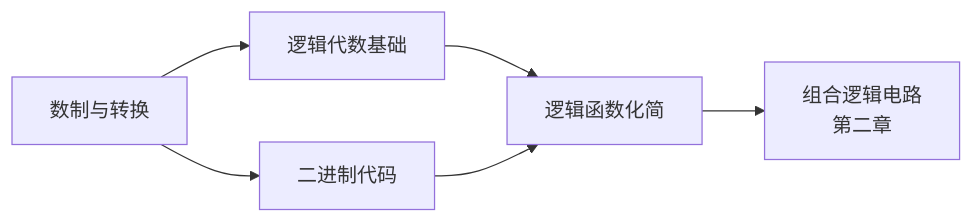
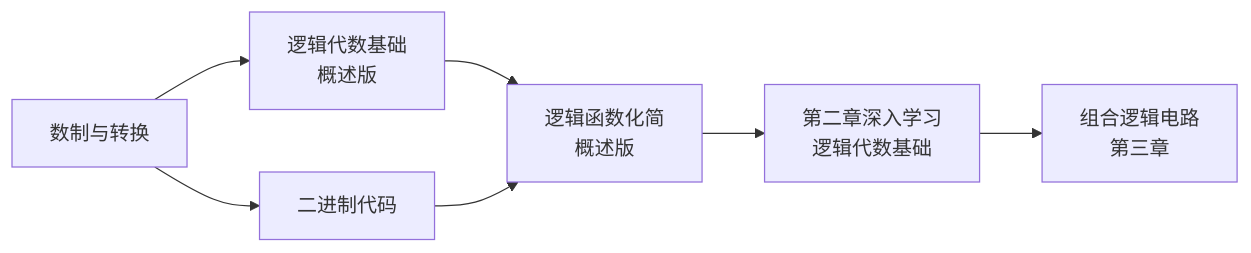
Before and after one commit to Treasoni/kaoyan: the diagram in 考研专业课/数字电子技术/1-数字与码制/📑 索引.md, drawn with Mermaid. The commit also changed other lines of this file and 2 other files, not shown here.

````diff
--- a/考研专业课/数字电子技术/1-数字与码制/📑 索引.md
+++ b/考研专业课/数字电子技术/1-数字与码制/📑 索引.md
@@ -86,8 +95,9 @@
 ```mermaid
 graph LR
     A[数制与转换] --> B[二进制代码]
-    A --> C[逻辑代数基础]
-    C --> D[逻辑函数化简]
+    A --> C[逻辑代数基础<br/>概述版]
+    C --> D[逻辑函数化简<br/>概述版]
     B --> D
-    D --> E[组合逻辑电路<br/>第二章]
+    D --> E[第二章深入学习<br/>逻辑代数基础]
+    E --> F[组合逻辑电路<br/>第三章]
 ```
````
